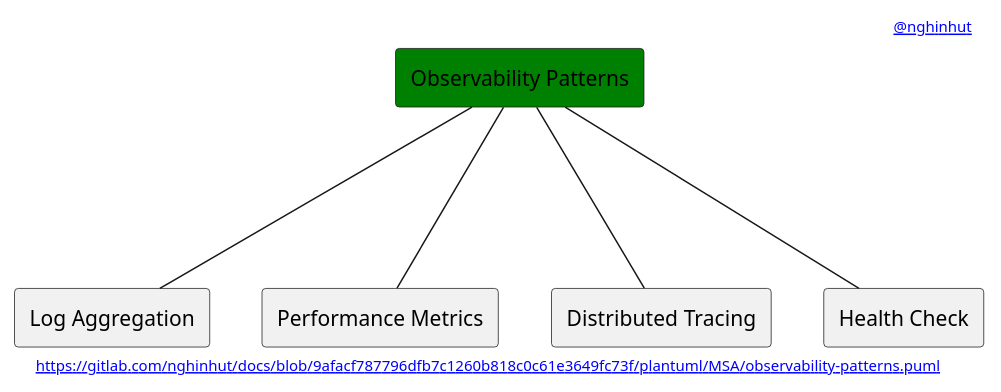
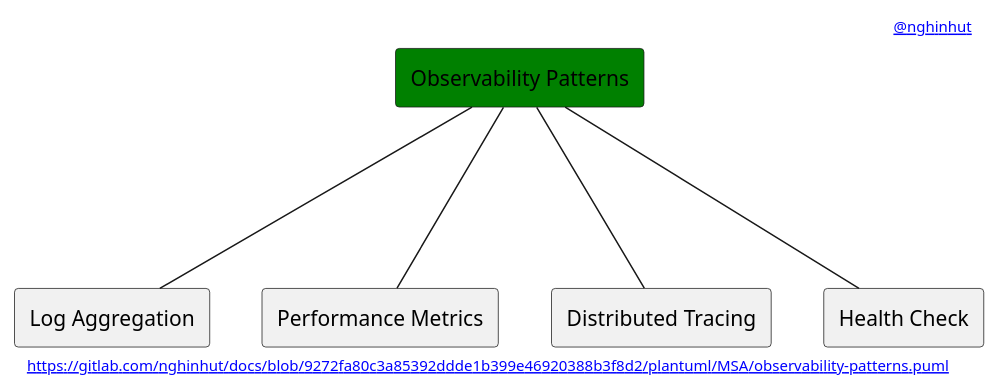
One commit to nghinhut/docs changed the diagram in plantuml/MSA/observability-patterns.puml. Above: the diagram before and after it, drawn with PlantUML. The commit also changed 25 other files, not shown here.

```diff
--- a/plantuml/MSA/observability-patterns.puml
+++ b/plantuml/MSA/observability-patterns.puml
@@ -1,18 +1,18 @@
 @startuml
 '-----START auto generated metadata please keep comment here to allow auto update-----
 '-----DON'T EDIT THIS SECTION, INSTEAD RE-RUN prebuild.sh TO UPDATE-----
-header [[https://www.nghinhut.dev?from=http%5C%3A%5C%2F%5C%2Fwww%5C.plantuml%5C.com%5C%2Fplantuml%5C%2Fproxy%3Ffmt%3Dsvg%5C%26src%3Dhttps%5C%3A%5C%2F%5C%2Fgitlab%5C.com%5C%2Fnghinhut%5C%2Fdocs%5C%2Fraw%5C%2F9afacf787796dfb7c1260b818c0c61e3649fc73f%5C%2Fplantuml%5C%2FMSA%5C%2Fobservability-patterns%5C.puml%0A @nghinhut]]
-footer [[http://www.plantuml.com/plantuml/proxy?fmt=svg&src=https://gitlab.com/nghinhut/docs/raw/9afacf787796dfb7c1260b818c0c61e3649fc73f/plantuml/MSA/observability-patterns.puml https://gitlab.com/nghinhut/docs/blob/9afacf787796dfb7c1260b818c0c61e3649fc73f/plantuml/MSA/observability-patterns.puml]]
+header [[https://www.nghinhut.dev?from=http%5C%3A%5C%2F%5C%2Fwww%5C.plantuml%5C.com%5C%2Fplantuml%5C%2Fproxy%3Ffmt%3Dsvg%5C%26src%3Dhttps%5C%3A%5C%2F%5C%2Fgitlab%5C.com%5C%2Fnghinhut%5C%2Fdocs%5C%2Fraw%5C%2F9272fa80c3a85392ddde1b399e46920388b3f8d2%5C%2Fplantuml%5C%2FMSA%5C%2Fobservability-patterns%5C.puml%0A @nghinhut]]
+footer [[http://www.plantuml.com/plantuml/proxy?fmt=svg&src=https://gitlab.com/nghinhut/docs/raw/9272fa80c3a85392ddde1b399e46920388b3f8d2/plantuml/MSA/observability-patterns.puml https://gitlab.com/nghinhut/docs/blob/9272fa80c3a85392ddde1b399e46920388b3f8d2/plantuml/MSA/observability-patterns.puml]]
 '-----END auto generated metadata please keep comment here to allow auto update-----
 
 rectangle "Observability Patterns" as Observability #green
 
 rectangle "Log Aggregation" as ObservabilityP1
 rectangle "Performance Metrics" as ObservabilityP2
 rectangle "Distributed Tracing" as ObservabilityP3
 rectangle "Health Check" as ObservabilityP4
 Observability --- ObservabilityP1
 Observability --- ObservabilityP2
 Observability --- ObservabilityP3
 Observability --- ObservabilityP4
 @enduml
```
